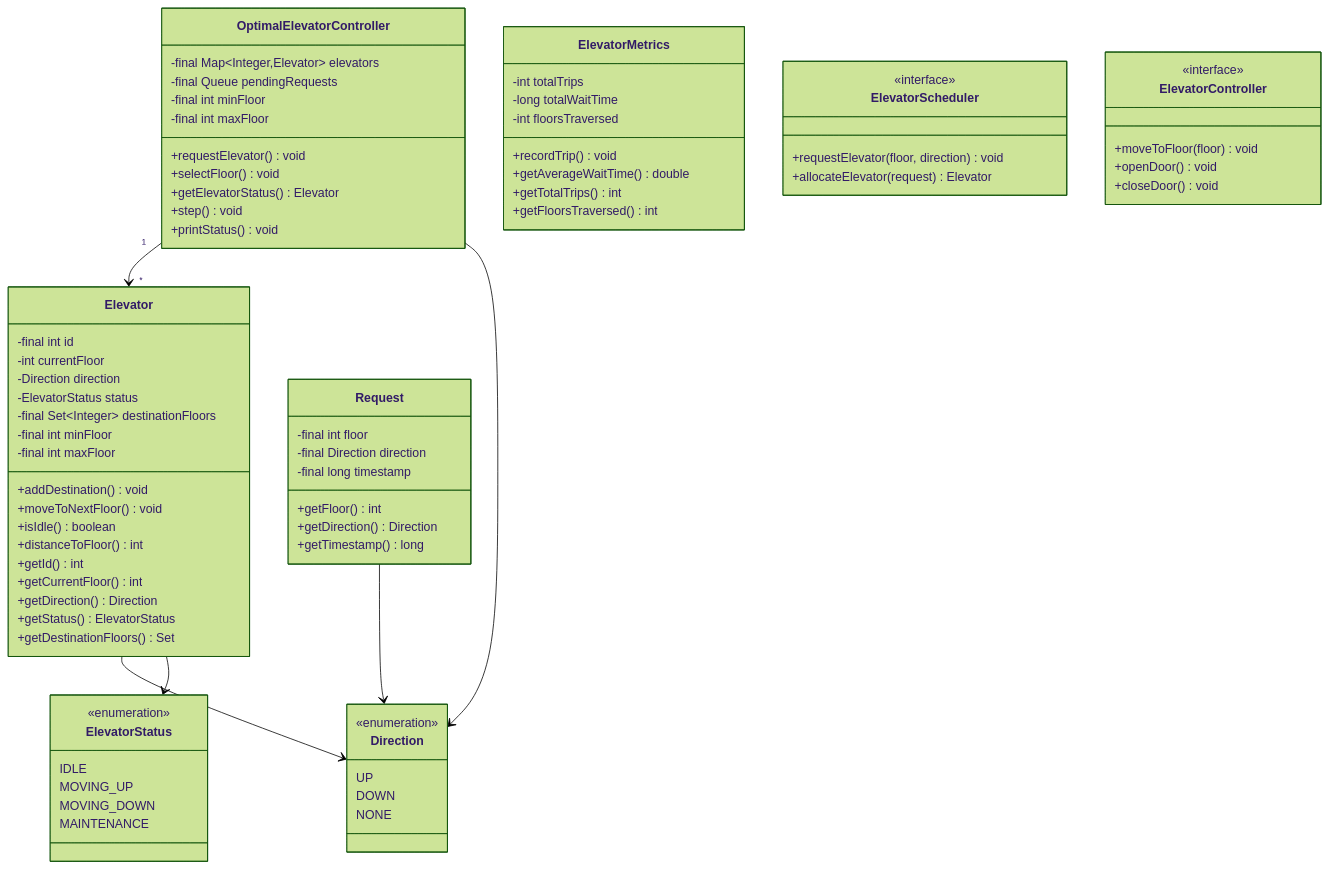
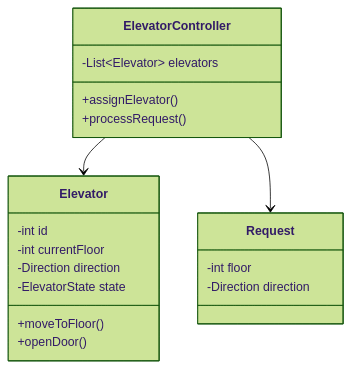
Before and after one commit to dlkr18/lld-playbook: the diagram in docs/problems/elevator/diagrams/class-diagram.mmd, drawn with Mermaid (forest theme). The commit also changed 306 other files, not shown here.

```diff
--- a/docs/problems/elevator/diagrams/class-diagram.mmd
+++ b/docs/problems/elevator/diagrams/class-diagram.mmd
@@ -1,85 +1,20 @@
 classDiagram
-
-    class OptimalElevatorController {
-        -final Map~Integer,Elevator~ elevators
-        -final Queue<Request> pendingRequests
-        -final int minFloor
-        -final int maxFloor
-        +requestElevator() void
-        +selectFloor() void
-        +getElevatorStatus() Elevator
-        +step() void
-        +printStatus() void
-    }
-
-    class ElevatorMetrics {
-        -int totalTrips
-        -long totalWaitTime
-        -int floorsTraversed
-        +recordTrip() void
-        +getAverageWaitTime() double
-        +getTotalTrips() int
-        +getFloorsTraversed() int
-    }
-
-    class ElevatorScheduler {
-        <<interface>>
-        +requestElevator(floor, direction) void
-        +allocateElevator(request) Elevator
-    }
-
     class Elevator {
-        -final int id
+        -int id
         -int currentFloor
         -Direction direction
-        -ElevatorStatus status
-        -final Set~Integer~ destinationFloors
-        -final int minFloor
-        -final int maxFloor
-        +addDestination() void
-        +moveToNextFloor() void
-        +isIdle() boolean
-        +distanceToFloor() int
-        +getId() int
-        +getCurrentFloor() int
-        +getDirection() Direction
-        +getStatus() ElevatorStatus
-        +getDestinationFloors() Set<Integer>
+        -ElevatorState state
+        +moveToFloor()
+        +openDoor()
     }
-
-    class ElevatorStatus {
-        <<enumeration>>
-        IDLE
-        MOVING_UP
-        MOVING_DOWN
-        MAINTENANCE
+    class Request {
+        -int floor
+        -Direction direction
     }
-
-    class Direction {
-        <<enumeration>>
-        UP
-        DOWN
-        NONE
+    class ElevatorController {
+        -List~Elevator~ elevators
+        +assignElevator()
+        +processRequest()
     }
-
-    class Request {
-        -final int floor
-        -final Direction direction
-        -final long timestamp
-        +getFloor() int
-        +getDirection() Direction
-        +getTimestamp() long
-    }
-
-    class ElevatorController {
-        <<interface>>
-        +moveToFloor(floor) void
-        +openDoor() void
-        +closeDoor() void
-    }
-
-    Elevator --> Direction
-    Elevator --> ElevatorStatus
-    Request --> Direction
-    OptimalElevatorController "1" --> "*" Elevator
-    OptimalElevatorController --> Direction
+    ElevatorController --> Elevator
+    ElevatorController --> Request
```
